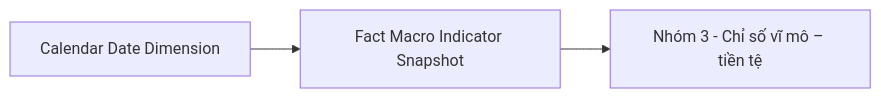
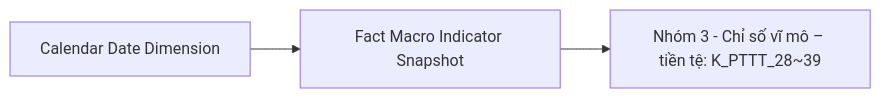
Before and after one commit to linhlvit/ubck_atomic_design: diagram 17 of 54 in Datamart/hld/DTM_PTTT_HLD.md, drawn with Mermaid. The commit also changed other lines of this file and 5 other files, not shown here.

````diff
--- a/Datamart/hld/DTM_PTTT_HLD.md
+++ b/Datamart/hld/DTM_PTTT_HLD.md
@@ -720,8 +670,5 @@
 ```mermaid
 flowchart LR
-    fct_mcr_ind_snpst["Fact Macro Indicator Snapshot"]
-    cdr_dt_dim["Calendar Date Dimension"]
-    rpt_nhom3["Nhóm 3 - Chỉ số vĩ mô – tiền tệ"]
-    cdr_dt_dim --> fct_mcr_ind_snpst
-    fct_mcr_ind_snpst --> rpt_nhom3
+    fct_mcr_ind_snpst["Fact Macro Indicator Snapshot"] --> rpt_nhom3["Nhóm 3 - Chỉ số vĩ mô – tiền tệ: K_PTTT_28~39"]
+    cdr_dt_dim["Calendar Date Dimension"] --> fct_mcr_ind_snpst
 ```
````
